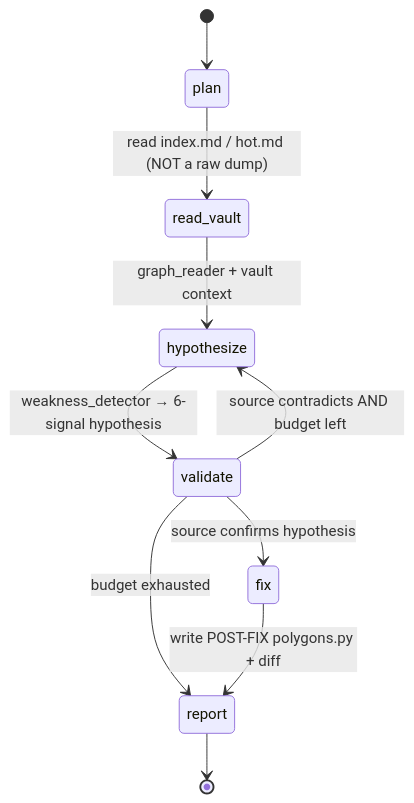
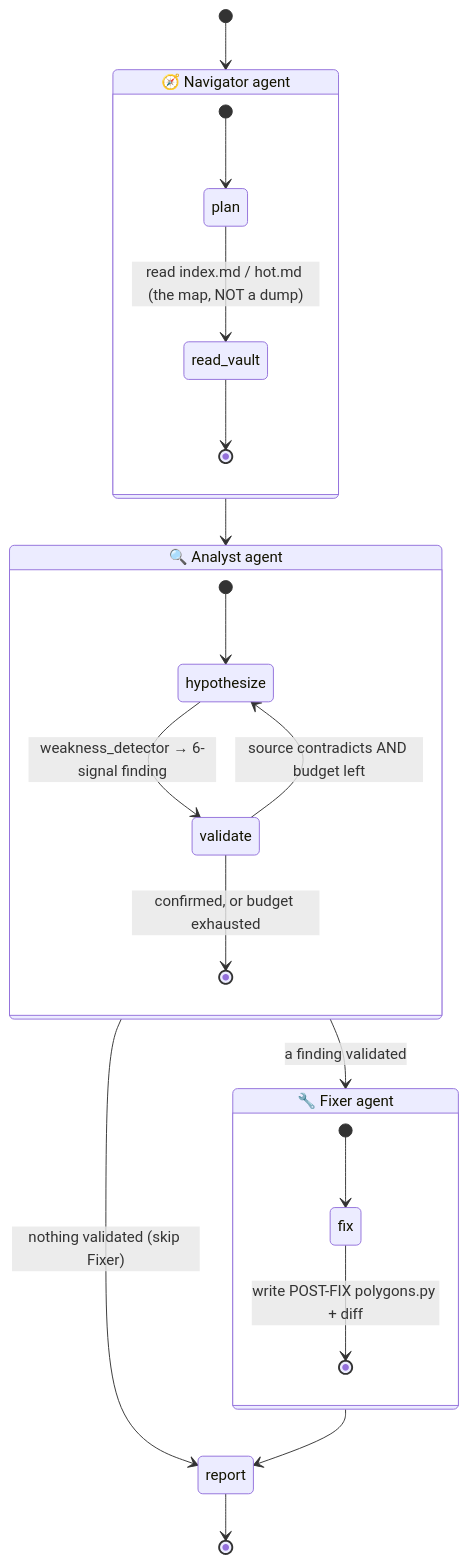
Before and after one commit to eyalsht/ex04-graphify-agent: the first of 2 diagrams in README.md, drawn with Mermaid. The commit also changed other lines of this file and 4 other files, not shown here.

First line of the commit message:
docs: surface the crew (diagram, self-grade, loop framing, count refresh)

````diff
--- a/README.md
+++ b/README.md
@@ -135,12 +143,24 @@
 ```mermaid
 stateDiagram-v2
-    [*] --> plan
-    plan --> read_vault: read index.md / hot.md (NOT a raw dump)
-    read_vault --> hypothesize: graph_reader + vault context
-    hypothesize --> validate: weakness_detector → 6-signal hypothesis
-    validate --> fix: source confirms hypothesis
-    validate --> hypothesize: source contradicts AND budget left
-    validate --> report: budget exhausted
-    fix --> report: write POST-FIX polygons.py + diff
+    [*] --> navigator
+    state "🧭 Navigator agent" as navigator {
+        [*] --> plan
+        plan --> read_vault: read index.md / hot.md (the map, NOT a dump)
+        read_vault --> [*]
+    }
+    state "🔍 Analyst agent" as analyst {
+        [*] --> hypothesize
+        hypothesize --> validate: weakness_detector → 6-signal finding
+        validate --> hypothesize: source contradicts AND budget left
+        validate --> [*]: confirmed, or budget exhausted
+    }
+    state "🔧 Fixer agent" as fixer {
+        [*] --> fix
+        fix --> [*]: write POST-FIX polygons.py + diff
+    }
+    navigator --> analyst
+    analyst --> fixer: a finding validated
+    analyst --> report: nothing validated (skip Fixer)
+    fixer --> report
     report --> [*]
 ```
````
